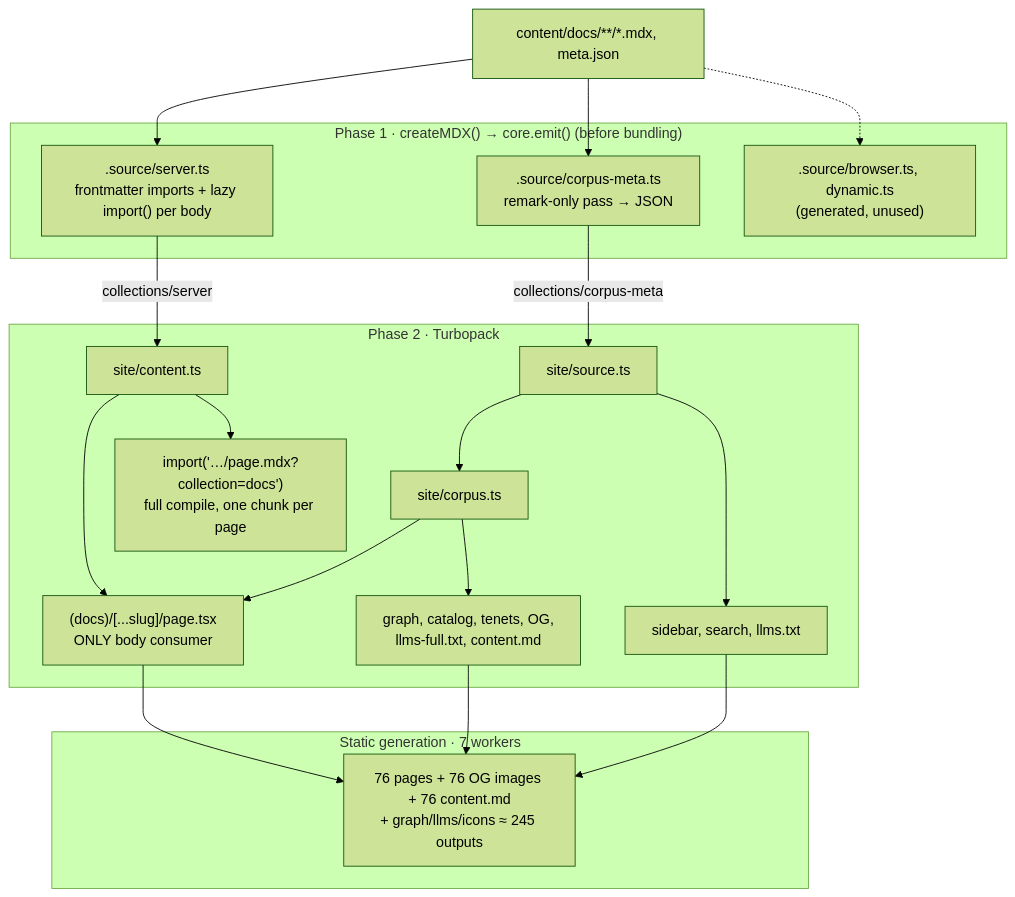
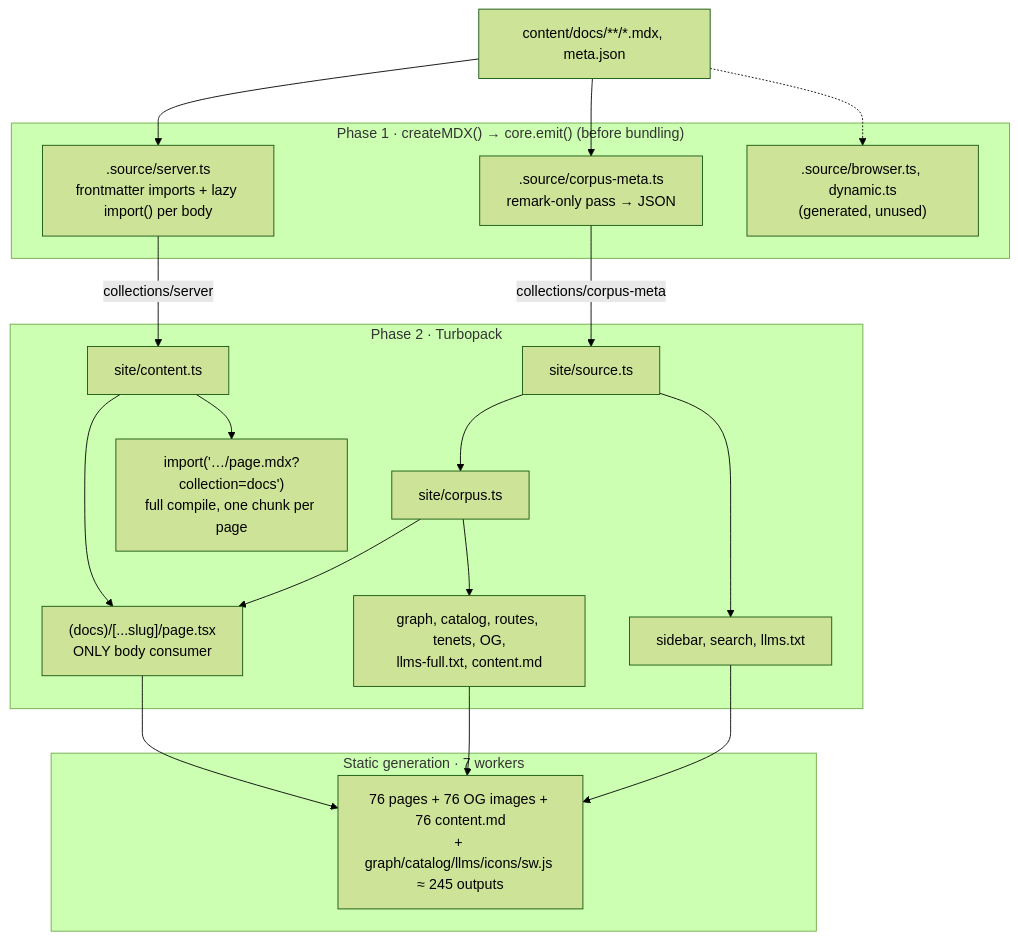
The diagram in COMPILE.md (kevinnhou/MATH1251), drawn with Mermaid (forest theme) before and after one commit. The commit also changed other lines of this file and 32 other files, not shown here.

````diff
--- a/COMPILE.md
+++ b/COMPILE.md
@@ -18,39 +18,39 @@
 ```mermaid
 flowchart TD
     src["content/docs/**/*.mdx, meta.json"]
 
     subgraph P1["Phase 1 · createMDX() → core.emit() (before bundling)"]
         meta[".source/corpus-meta.ts<br/>remark-only pass → JSON"]
         server[".source/server.ts<br/>frontmatter imports + lazy import() per body"]
         unused[".source/browser.ts, dynamic.ts<br/>(generated, unused)"]
     end
 
     subgraph P2["Phase 2 · Turbopack"]
         source["site/source.ts"]
         corpus["site/corpus.ts"]
         content["site/content.ts"]
         chunks["import('…/page.mdx?collection=docs')<br/>full compile, one chunk per page"]
         light["sidebar, search, llms.txt"]
-        derived["graph, catalog, tenets, OG,<br/>llms-full.txt, content.md"]
+        derived["graph, catalog, routes, tenets, OG,<br/>llms-full.txt, content.md"]
         page["(docs)/[...slug]/page.tsx<br/>ONLY body consumer"]
     end
 
     subgraph P3["Static generation · 7 workers"]
-        out["76 pages + 76 OG images + 76 content.md<br/>+ graph/llms/icons ≈ 245 outputs"]
+        out["76 pages + 76 OG images + 76 content.md<br/>+ graph/catalog/llms/icons/sw.js ≈ 245 outputs"]
     end
 
     src --> meta
     src --> server
     src -.-> unused
     meta -- "collections/corpus-meta" --> source
     source --> corpus
     source --> light
     corpus --> derived
     corpus --> page
     server -- "collections/server" --> content
     content --> page
     content --> chunks
     light --> out
     derived --> out
     page --> out
 ```
````
